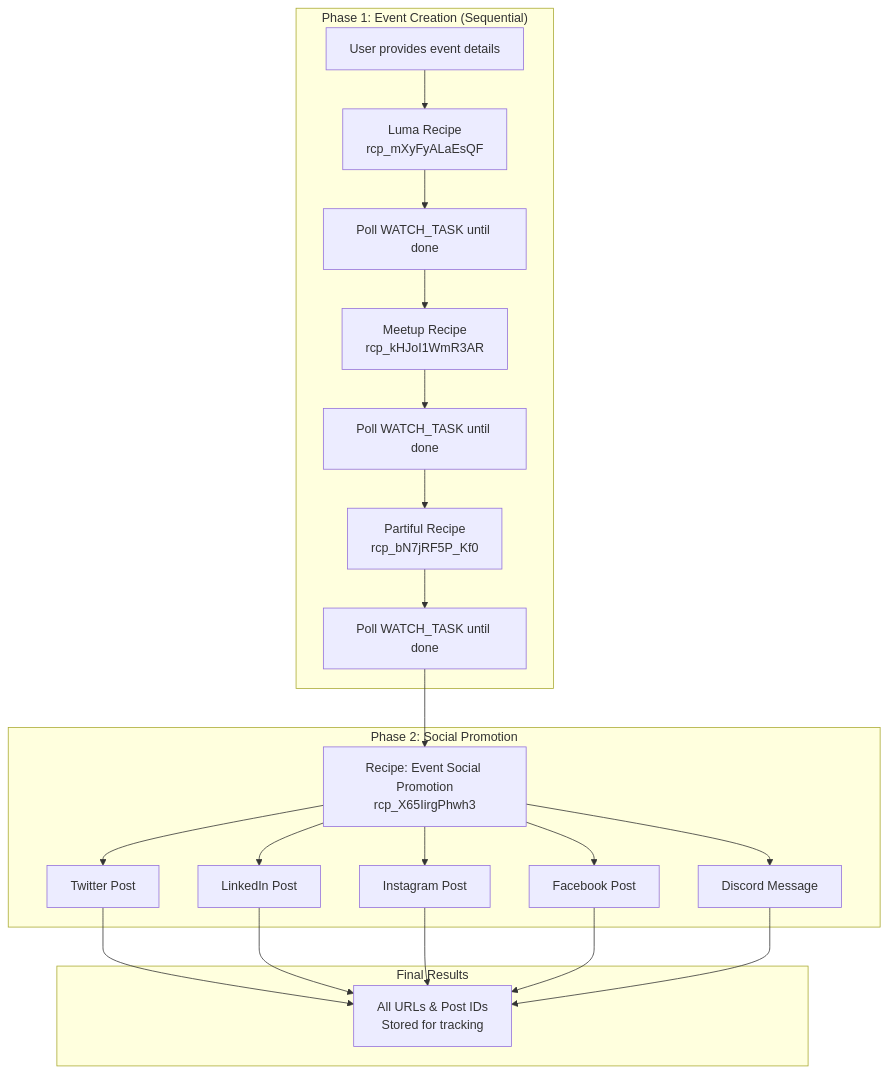
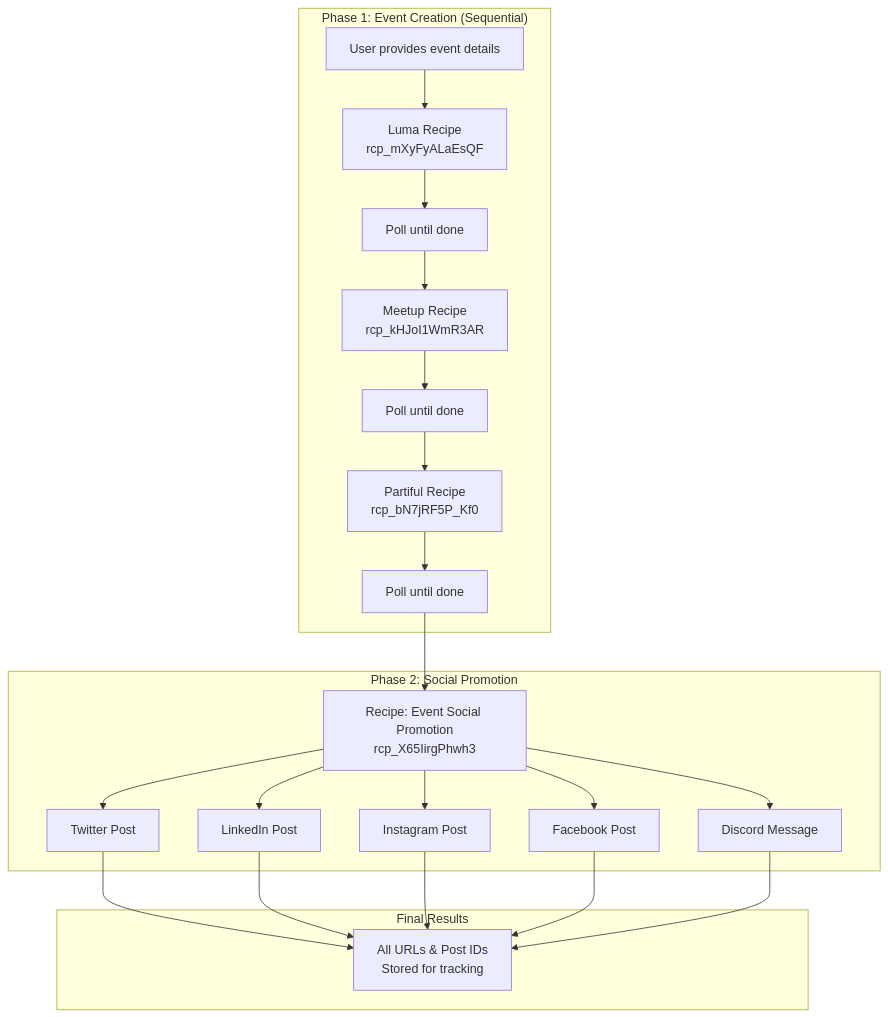
The fifth of 6 diagrams in README.md (Coffee-Code-Philly-Accelerator/CCP-Digital-Marketing), drawn with Mermaid before and after one commit. The commit also changed other lines of this file, not shown here.

First line of the commit message:
Update README with Hyperbrowser dual-provider architecture

````diff
--- a/README.md
+++ b/README.md
@@ -288,24 +311,24 @@
 ```mermaid
 flowchart TD
     subgraph Phase1["Phase 1: Event Creation (Sequential)"]
         A[User provides event details] --> B[Luma Recipe<br/>rcp_mXyFyALaEsQF]
-        B --> C[Poll WATCH_TASK until done]
+        B --> C[Poll until done]
         C --> D[Meetup Recipe<br/>rcp_kHJoI1WmR3AR]
-        D --> E[Poll WATCH_TASK until done]
+        D --> E[Poll until done]
         E --> F[Partiful Recipe<br/>rcp_bN7jRF5P_Kf0]
-        F --> G[Poll WATCH_TASK until done]
+        F --> G[Poll until done]
     end
 
     subgraph Phase2["Phase 2: Social Promotion"]
         G --> H[Recipe: Event Social Promotion<br/>rcp_X65IirgPhwh3]
         H --> I[Twitter Post]
         H --> J[LinkedIn Post]
         H --> K[Instagram Post]
         H --> L[Facebook Post]
         H --> M[Discord Message]
     end
 
     subgraph Results["Final Results"]
         I & J & K & L & M --> N[All URLs & Post IDs<br/>Stored for tracking]
     end
 ```
````
